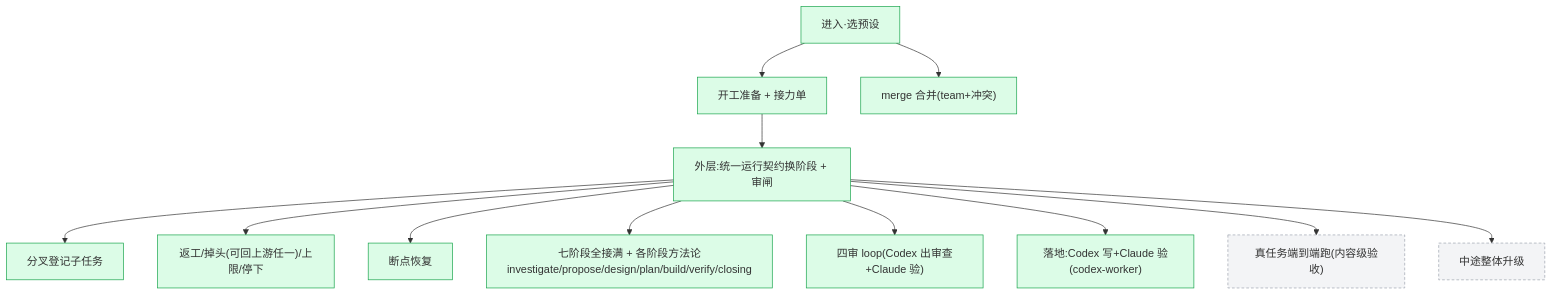
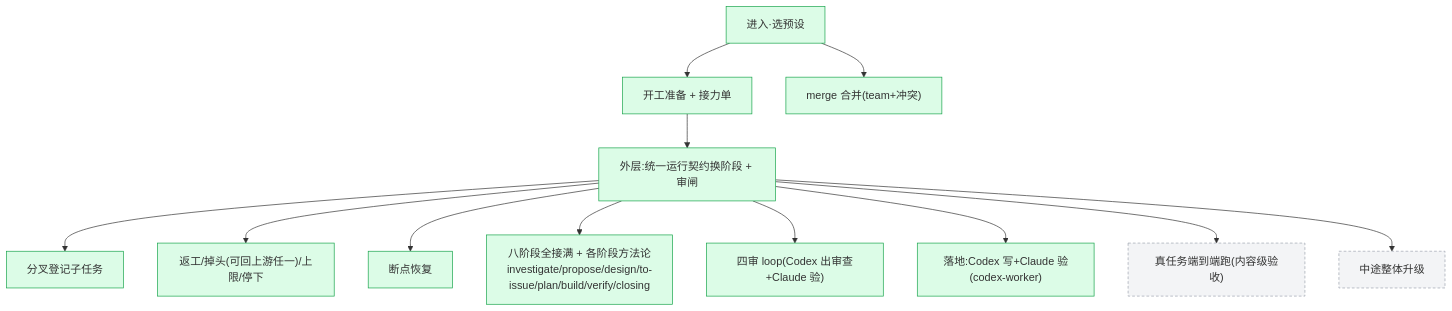
The ninth of 10 diagrams in docs/plugin2/OVERVIEW.md (chancheuklap/multi-model-workflow), drawn with Mermaid before and after one commit. The commit also changed other lines of this file and 9 other files, not shown here.

First line of the commit message:
feat(flow): to-issue 独立成阶段,①设计审之后再切片(照 PDF 对齐)

````diff
--- a/docs/plugin2/OVERVIEW.md
+++ b/docs/plugin2/OVERVIEW.md
@@ -417,16 +420,16 @@
 ```mermaid
 flowchart TD
     IN["进入·选预设"]:::done --> PREP["开工准备 + 接力单"]:::done --> OUT["外层:统一运行契约换阶段 + 审闸"]:::done
     OUT --> SPIN["分叉登记子任务"]:::done
     OUT --> CAP["返工/掉头(可回上游任一)/上限/停下"]:::done
     OUT --> RES["断点恢复"]:::done
-    OUT --> PHASES["七阶段全接满 + 各阶段方法论<br/>investigate/propose/design/plan/build/verify/closing"]:::done
+    OUT --> PHASES["八阶段全接满 + 各阶段方法论<br/>investigate/propose/design/to-issue/plan/build/verify/closing"]:::done
     OUT --> REVIEW["四审 loop(Codex 出审查+Claude 验)"]:::done
     OUT --> BUILD["落地:Codex 写+Claude 验(codex-worker)"]:::done
     IN --> MERGE["merge 合并(team+冲突)"]:::done
     OUT --> RUN["真任务端到端跑(内容级验收)"]:::todo
     OUT --> UP["中途整体升级"]:::todo
 
     classDef done fill:#dcfce7,stroke:#16a34a
     classDef todo fill:#f3f4f6,stroke:#9ca3af,stroke-dasharray:4 3
 ```
````
